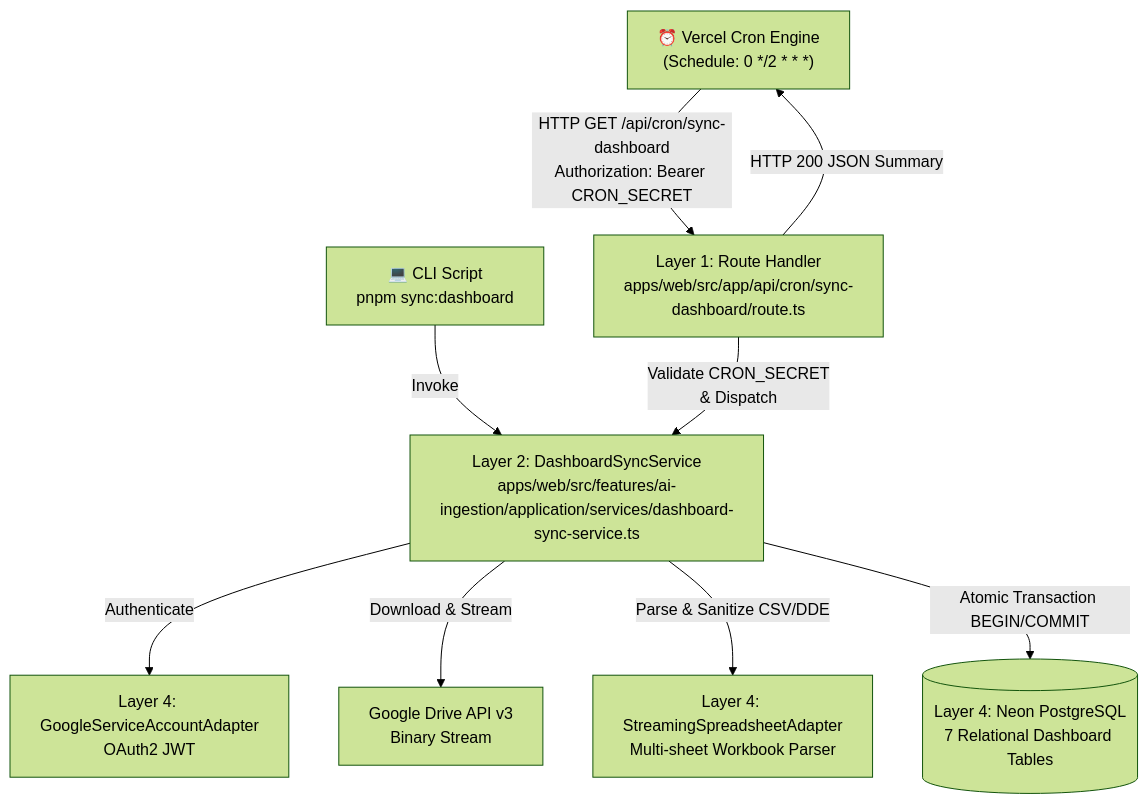
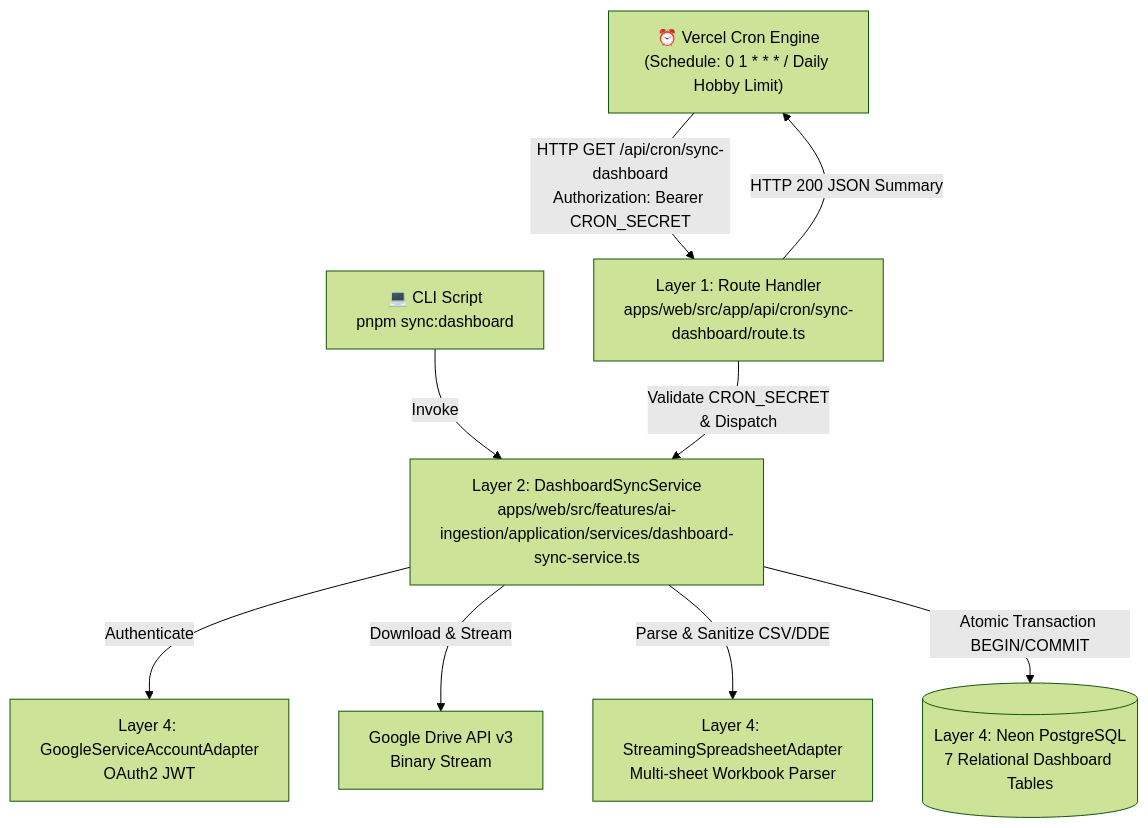
Before and after one commit to jeisonsosablockdev/bluebrick-app: the diagram in knowledge/features/feature-jaymusicmachine-BBC-018-cron-job-dashboard-sync-implementation.md, drawn with Mermaid (forest theme). The commit also changed other lines of this file and 16 other files, not shown here.

````diff
--- a/knowledge/features/feature-jaymusicmachine-BBC-018-cron-job-dashboard-sync-implementation.md
+++ b/knowledge/features/feature-jaymusicmachine-BBC-018-cron-job-dashboard-sync-implementation.md
@@ -13,11 +13,11 @@
 ```mermaid
 flowchart TD
-    VercelCron["⏰ Vercel Cron Engine\n(Schedule: 0 */2 * * *)"] -->|HTTP GET /api/cron/sync-dashboard\nAuthorization: Bearer CRON_SECRET| RouteHandler["Layer 1: Route Handler\napps/web/src/app/api/cron/sync-dashboard/route.ts"]
+    VercelCron["⏰ Vercel Cron Engine\n(Schedule: 0 1 * * * / Daily Hobby Limit)"] -->|HTTP GET /api/cron/sync-dashboard\nAuthorization: Bearer CRON_SECRET| RouteHandler["Layer 1: Route Handler\napps/web/src/app/api/cron/sync-dashboard/route.ts"]
     CLI["💻 CLI Script\npnpm sync:dashboard"] -->|Invoke| Service
     RouteHandler -->|Validate CRON_SECRET\n& Dispatch| Service["Layer 2: DashboardSyncService\napps/web/src/features/ai-ingestion/application/services/dashboard-sync-service.ts"]
     Service -->|Authenticate| GoogleAuth["Layer 4: GoogleServiceAccountAdapter\nOAuth2 JWT"]
     Service -->|Download & Stream| DriveAPI["Google Drive API v3\nBinary Stream"]
     Service -->|Parse & Sanitize CSV/DDE| SheetAdapter["Layer 4: StreamingSpreadsheetAdapter\nMulti-sheet Workbook Parser"]
     Service -->|Atomic Transaction BEGIN/COMMIT| NeonDB[("Layer 4: Neon PostgreSQL\n7 Relational Dashboard Tables")]
     RouteHandler -->|HTTP 200 JSON Summary| VercelCron
 ```
````
